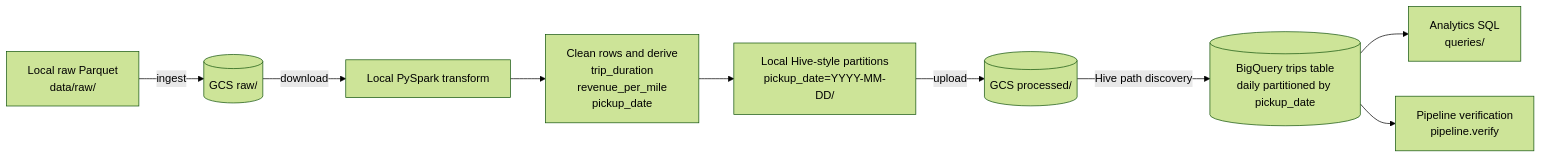
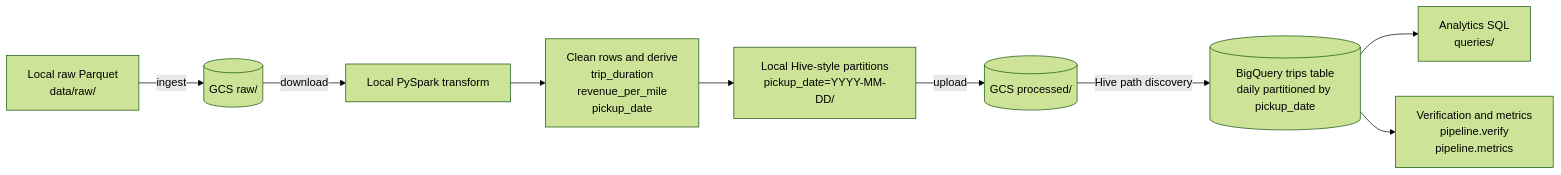
Before and after one commit to rupinmunjal/taxi-pipeline: the diagram in README.md, drawn with Mermaid (forest theme). The commit also changed other lines of this file and 7 other files, not shown here.

Commit message:
Add validated pipeline metrics

````diff
--- a/README.md
+++ b/README.md
@@ -9,11 +9,11 @@
 ```mermaid
 flowchart LR
     A[Local raw Parquet<br/>data/raw/] -->|ingest| B[(GCS raw/)]
     B -->|download| C[Local PySpark transform]
     C --> D[Clean rows and derive<br/>trip_duration<br/>revenue_per_mile<br/>pickup_date]
     D --> E[Local Hive-style partitions<br/>pickup_date=YYYY-MM-DD/]
     E -->|upload| F[(GCS processed/)]
     F -->|Hive path discovery| G[(BigQuery trips table<br/>daily partitioned by pickup_date)]
     G --> H[Analytics SQL<br/>queries/]
-    G --> I[Pipeline verification<br/>pipeline.verify]
+    G --> I[Verification and metrics<br/>pipeline.verify<br/>pipeline.metrics]
 ```
````
